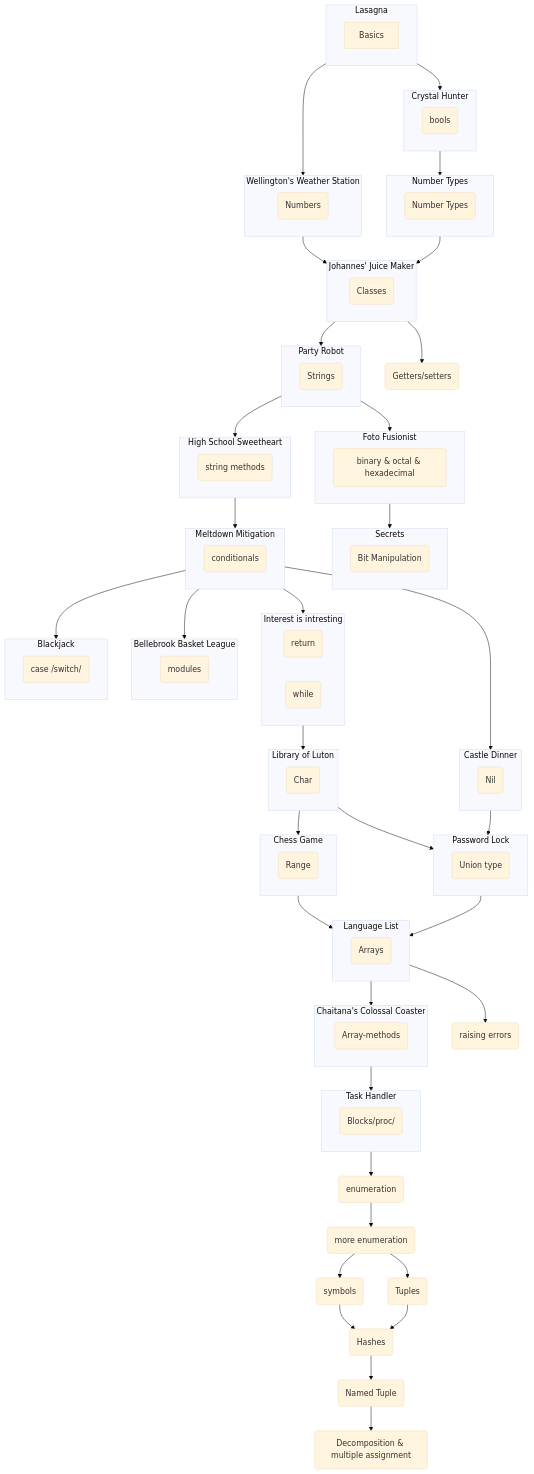
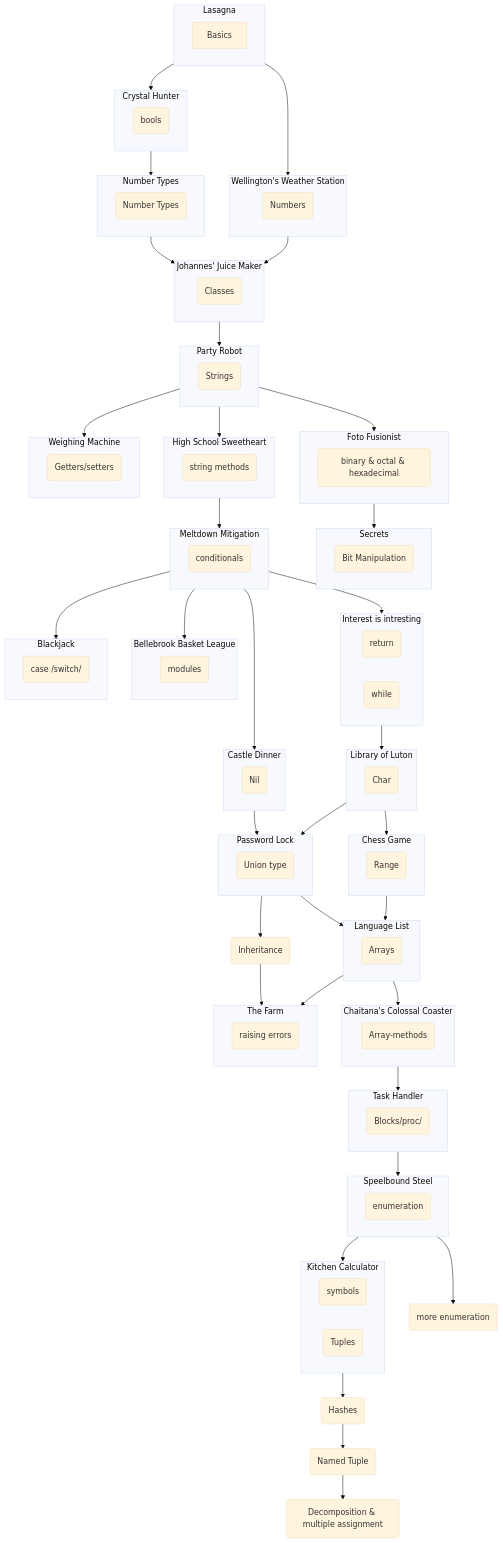
The diagram in misc/concept_tree.md (monsterkrampe/crystal), drawn with Mermaid (base theme) before and after one commit.

Commit message:
Update concept tree (#688)
* Update concept tree

* Fix concept tree

````diff
--- a/misc/concept_tree.md
+++ b/misc/concept_tree.md
@@ -89,6 +89,23 @@
         s(Blocks/proc/)
     end
 
+    subgraph V [Weighing Machine]
+        m(Getters/setters)
+    end
+
+    subgraph W [The Farm]
+        p(raising errors)
+    end
+
+    subgraph X [Speelbound Steel]
+        t(enumeration)
+    end
+
+    subgraph Y [Kitchen Calculator]
+        x(symbols)
+        y(Tuples)
+    end
+
     A --> B
     A --> C
     B --> J
@@ -111,28 +128,21 @@
     F --> S
     S --> T
     R --> U
-    U --> t
+    U --> X
+    F --> V
+    Q --> W
+    X --> Y
 
-
-
-    m(Getters/setters)
-    p(raising errors)
-    s(Blocks/proc/)
-    t(enumeration)
     u(more enumeration)
-    x(symbols)
-    y(Tuples)
     z(Hashes)
     aa(Named Tuple)
     ab(Decomposition & multiple assignment)
+    ae(Inheritance)
 
-    Q --> p
-    t --> u
-    u --> y
-    u --> x
-    x --> z
-    y --> z
+    X --> u
+    Y --> z
     z --> aa
     aa --> ab
-    E --> m
+    ae --> W
+    O --> ae
 ```
````
